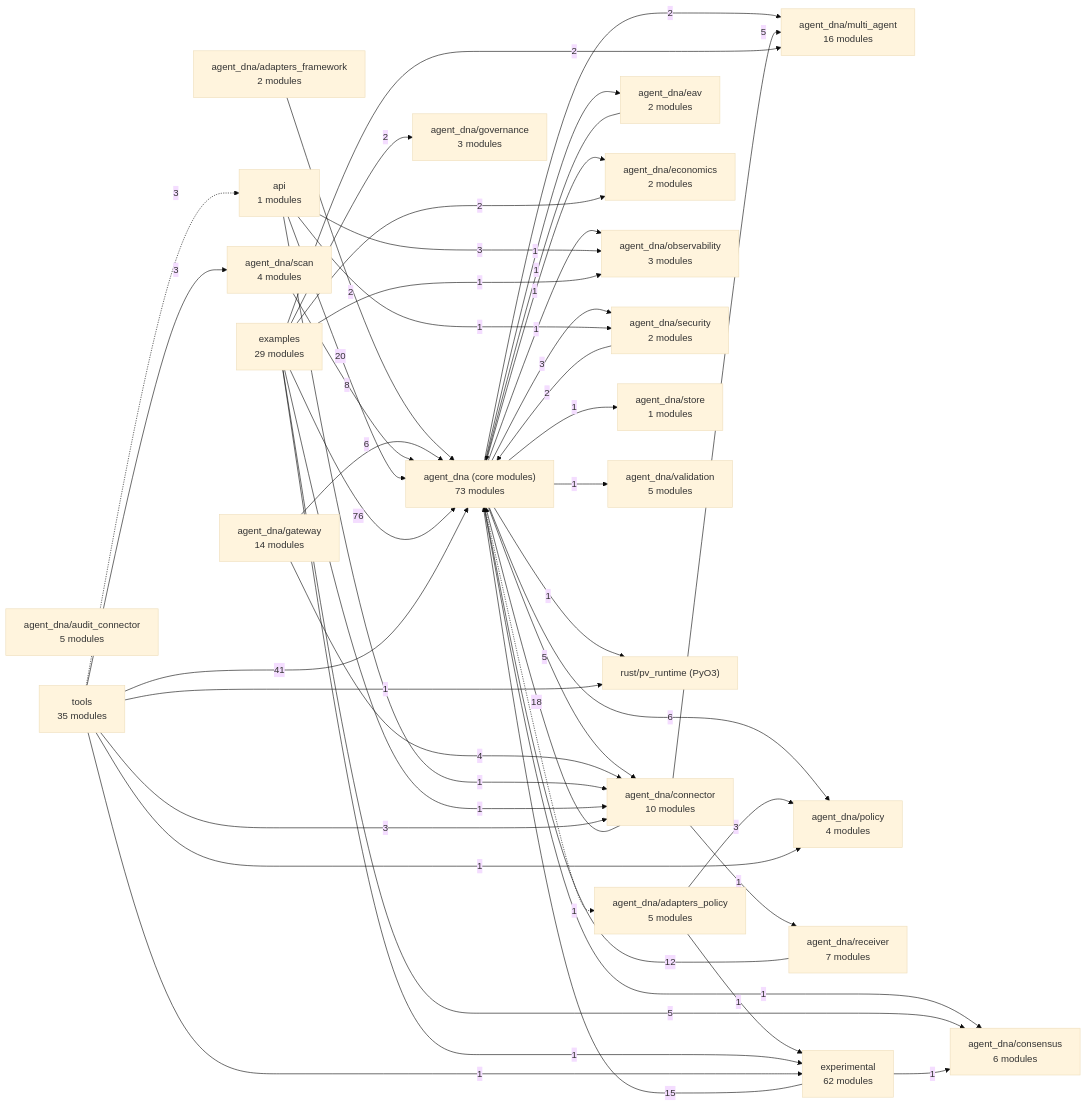
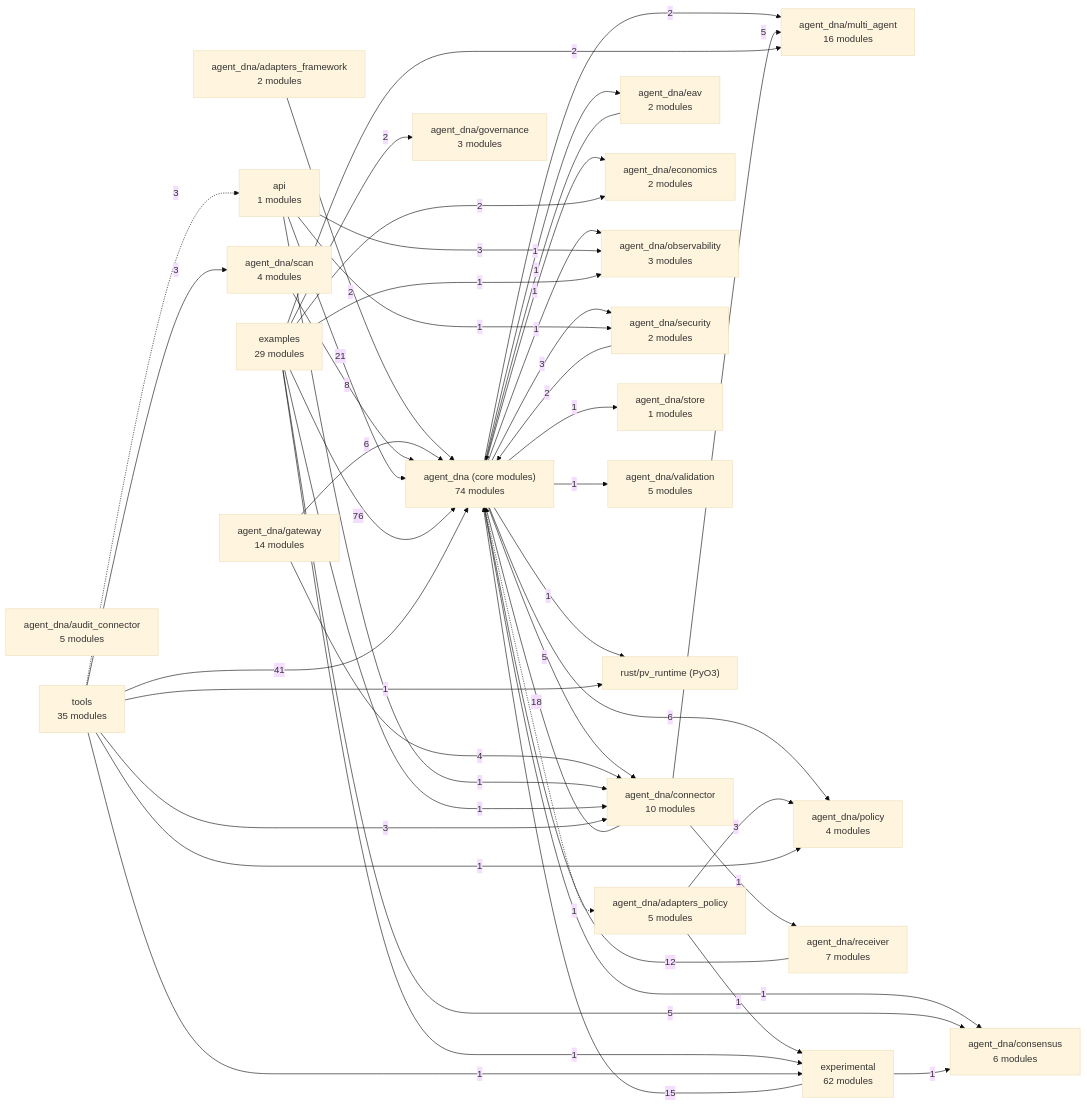
Before and after one commit to LOLA0786/privatevault-agent-dna: the diagram in docs/architecture/MAP.md, drawn with Mermaid (base theme). The commit also changed other lines of this file and 21 other files, not shown here.

````diff
--- a/docs/architecture/MAP.md
+++ b/docs/architecture/MAP.md
@@ -7,71 +7,71 @@
 ```mermaid
 flowchart LR
-  n0["agent_dna (core modules)<br/>73 modules"]
+  n0["agent_dna (core modules)<br/>74 modules"]
   n1["agent_dna/adapters_framework<br/>2 modules"]
   n2["agent_dna/adapters_policy<br/>5 modules"]
   n3["agent_dna/audit_connector<br/>5 modules"]
   n4["agent_dna/connector<br/>10 modules"]
   n5["agent_dna/consensus<br/>6 modules"]
   n6["agent_dna/eav<br/>2 modules"]
   n7["agent_dna/economics<br/>2 modules"]
   n8["agent_dna/gateway<br/>14 modules"]
   n9["agent_dna/governance<br/>3 modules"]
   n10["agent_dna/multi_agent<br/>16 modules"]
   n11["agent_dna/observability<br/>3 modules"]
   n12["agent_dna/policy<br/>4 modules"]
   n13["agent_dna/receiver<br/>7 modules"]
   n14["agent_dna/scan<br/>4 modules"]
   n15["agent_dna/security<br/>2 modules"]
   n16["agent_dna/store<br/>1 modules"]
   n17["agent_dna/validation<br/>5 modules"]
   n18["api<br/>1 modules"]
   n19["examples<br/>29 modules"]
   n20["experimental<br/>62 modules"]
   n21["rust/pv_runtime (PyO3)"]
   n22["tools<br/>35 modules"]
   n0 -.->|1| n2
   n0 -->|5| n4
   n0 -->|1| n5
   n0 -->|1| n6
   n0 -->|1| n7
   n0 -->|2| n10
   n0 -->|1| n11
   n0 -->|6| n12
   n0 -->|3| n15
   n0 -->|1| n16
   n0 -->|1| n17
   n0 -->|1| n21
   n1 -->|2| n0
   n2 -->|3| n12
   n2 -->|1| n20
   n4 -->|18| n0
   n4 -->|5| n10
   n4 -->|1| n13
   n6 -->|1| n0
   n8 -->|6| n0
   n8 -->|4| n4
   n13 -->|12| n0
   n14 -->|8| n0
   n15 -->|2| n0
-  n18 -->|20| n0
+  n18 -->|21| n0
   n18 -->|1| n4
   n18 -->|3| n11
   n18 -->|1| n15
   n19 -->|76| n0
   n19 -->|1| n4
   n19 -->|5| n5
   n19 -->|2| n7
   n19 -->|2| n9
   n19 -->|2| n10
   n19 -->|1| n11
   n19 -->|1| n20
   n20 -->|15| n0
   n20 -->|1| n5
   n22 -->|41| n0
   n22 -->|3| n4
   n22 -->|1| n12
   n22 -->|3| n14
   n22 -.->|3| n18
   n22 -->|1| n20
   n22 -->|1| n21
 ```
````
